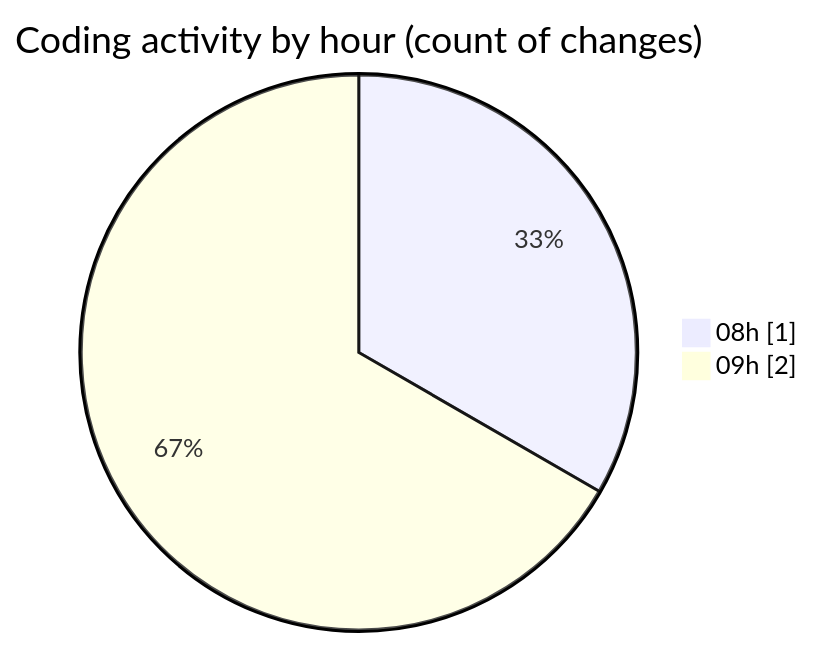
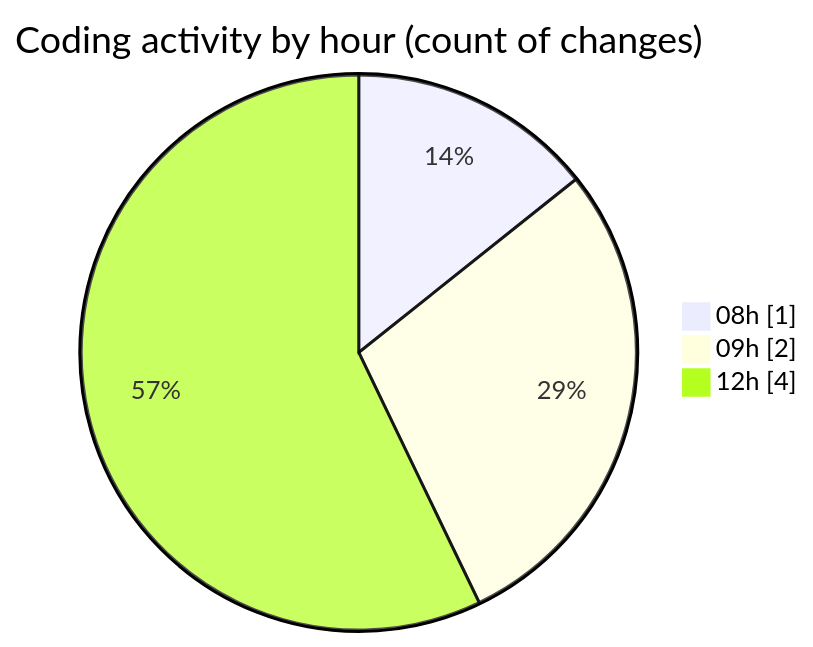
Before and after one commit to ricardozamudiocil/code-tracking: the second of 2 diagrams in 2026-07-09/cilapp/README.md, drawn with Mermaid. The commit also changed other lines of this file and 1 other file, not shown here.

````diff
--- a/2026-07-09/cilapp/README.md
+++ b/2026-07-09/cilapp/README.md
@@ -30,6 +32,7 @@
 ```mermaid
 pie showData
 title Coding activity by hour (count of changes)
 "08h" : 1
 "09h" : 2
+"12h" : 4
 ```
````
